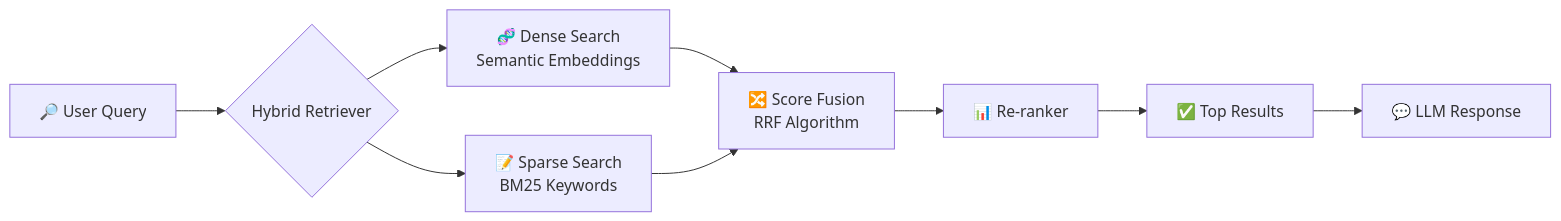
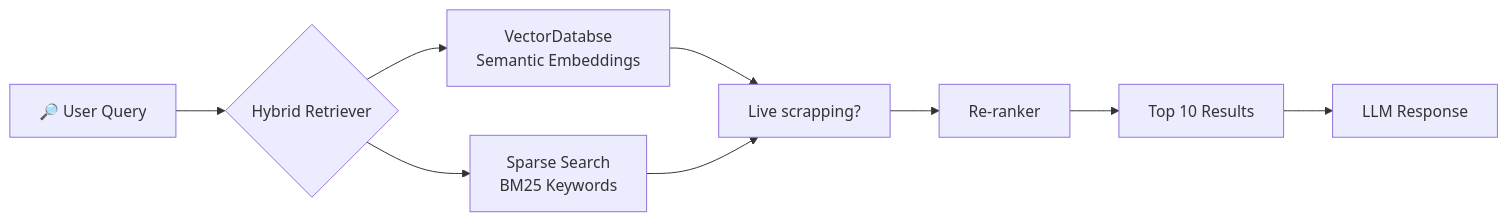
Before and after one commit to Hazem-nabil42/Jobs-Internships-Hybrid-RAG-finder: the diagram in README.MD, drawn with Mermaid.

````diff
--- a/README.MD
+++ b/README.MD
@@ -45,11 +45,11 @@
 ```mermaid
 flowchart LR
     A[🔎 User Query] --> B{Hybrid Retriever}
-    B --> C[🧬 Dense Search\nSemantic Embeddings]
-    B --> D[📝 Sparse Search\nBM25 Keywords]
-    C --> E[🔀 Score Fusion\nRRF Algorithm]
+    B --> C[ VectorDatabse\nSemantic Embeddings]
+    B --> D[ Sparse Search\nBM25 Keywords]
+    C --> E[ Live scrapping?\n]
     D --> E
-    E --> F[📊 Re-ranker]
-    F --> G[✅ Top Results]
-    G --> H[💬 LLM Response]
+    E --> F[ Re-ranker]
+    F --> G[ Top 10 Results]
+    G --> H[ LLM Response]
 ```
````
